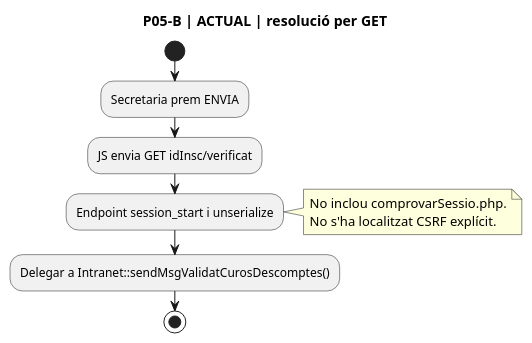
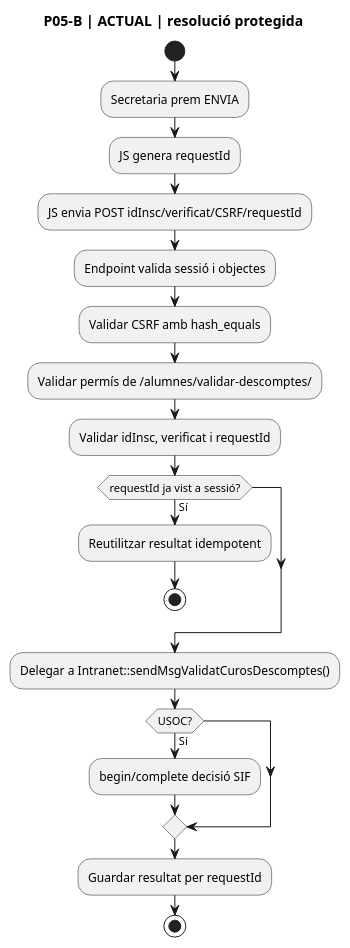
Diagram 18 of 25 in documentacio/07-uml-integrat/uc-020-activitats-pagines-actual-final.md (orgmeriemprismacat-del/verifactu), drawn with PlantUML before and after one commit. The commit also changed other lines of this file, not shown here.

Commit message:
docs(UC-020): reconciliar activitats ACTUAL FINAL

````diff
--- a/documentacio/07-uml-integrat/uc-020-activitats-pagines-actual-final.md
+++ b/documentacio/07-uml-integrat/uc-020-activitats-pagines-actual-final.md
@@ -407,15 +413,23 @@
 ```plantuml
 @startuml
-title P05-B | ACTUAL | resolució per GET
+title P05-B | ACTUAL | resolució protegida
 start
 :Secretaria prem ENVIA;
-:JS envia GET idInsc/verificat;
-:Endpoint session_start i unserialize;
-note right
-  No inclou comprovarSessio.php.
-  No s'ha localitzat CSRF explícit.
-end note
+:JS genera requestId;
+:JS envia POST idInsc/verificat/CSRF/requestId;
+:Endpoint valida sessió i objectes;
+:Validar CSRF amb hash_equals;
+:Validar permís de /alumnes/validar-descomptes/;
+:Validar idInsc, verificat i requestId;
+if (requestId ja vist a sessió?) then (Sí)
+ :Reutilitzar resultat idempotent;
+ stop
+endif
 :Delegar a Intranet::sendMsgValidatCurosDescomptes();
+if (USOC?) then (Sí)
+ :begin/complete decisió SIF;
+endif
+:Guardar resultat per requestId;
 stop
 @enduml
 ```
````
